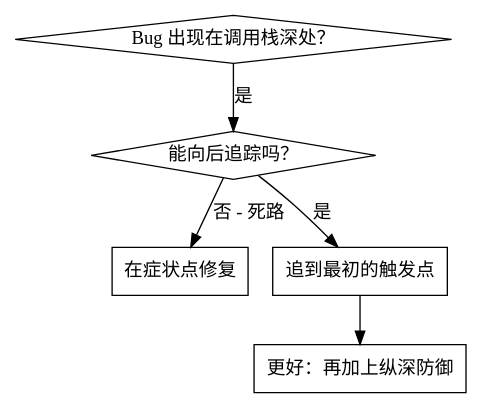
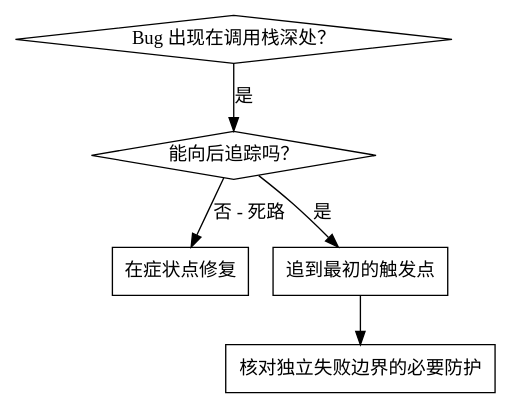
The first of 2 diagrams in skills/systematic-debugging/root-cause-tracing.md (QuanhuZeYu/dsh-superpower), drawn with Graphviz before and after one commit. The commit also changed other lines of this file and 122 other files, not shown here.

````diff
--- a/skills/systematic-debugging/root-cause-tracing.md
+++ b/skills/systematic-debugging/root-cause-tracing.md
@@ -11,14 +11,14 @@
 ```dot
 digraph when_to_use {
     "Bug 出现在调用栈深处？" [shape=diamond];
     "能向后追踪吗？" [shape=diamond];
     "在症状点修复" [shape=box];
     "追到最初的触发点" [shape=box];
-    "更好：再加上纵深防御" [shape=box];
+    "核对独立失败边界的必要防护" [shape=box];
 
     "Bug 出现在调用栈深处？" -> "能向后追踪吗？" [label="是"];
     "能向后追踪吗？" -> "追到最初的触发点" [label="是"];
     "能向后追踪吗？" -> "在症状点修复" [label="否 - 死路"];
-    "追到最初的触发点" -> "更好：再加上纵深防御";
+    "追到最初的触发点" -> "核对独立失败边界的必要防护";
 }
 ```
````
